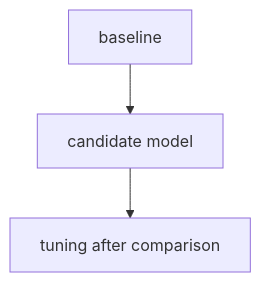
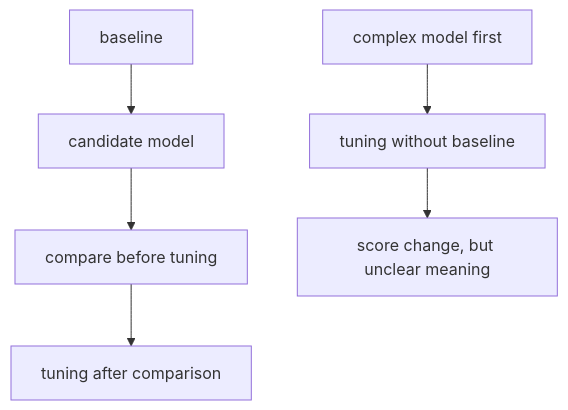
One commit to devchan64/AiBook changed the third of 3 diagrams in docs/parts/part-03/chapter-08/section-02.md. Above: the diagram before and after it, drawn with Mermaid. The commit also changed other lines of this file and 1 other file, not shown here.

Commit message:
docs: simplify baseline and feature diagrams

````diff
--- a/docs/parts/part-03/chapter-08/section-02.md
+++ b/docs/parts/part-03/chapter-08/section-02.md
@@ -204,9 +204,13 @@
 ```mermaid
 flowchart TB
   A["baseline"]
   B["candidate model"]
-  C["tuning after comparison"]
+  C["compare before tuning"]
+  D["tuning after comparison"]
+  E["complex model first"]
+  F["tuning without baseline"]
+  G["score change, but unclear meaning"]
 
-  A --> B
-  B --> C
+  A --> B --> C --> D
+  E --> F --> G
 ```
````
